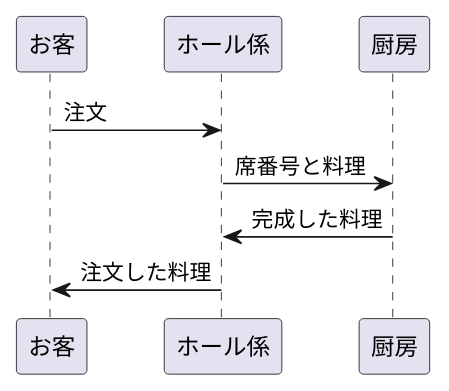
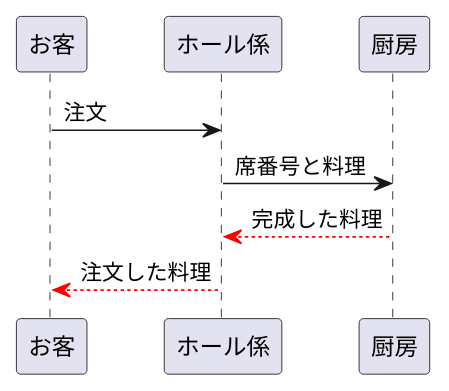
One commit to Aso2001159/2021sys-design changed the diagram in kadai2.md. Above: the diagram before and after it, drawn with PlantUML.

````diff
--- a/kadai2.md
+++ b/kadai2.md
@@ -1,10 +1,10 @@
 ```uml
 
 @startuml
   お客 -> ホール係 : 注文
   ホール係 -> 厨房 : 席番号と料理
-  ホール係 <- 厨房 : 完成した料理
-  お客 <- ホール係 : 注文した料理
+  ホール係 <[#red,dotted]- 厨房 : 完成した料理
+  お客 <[#red,dotted]- ホール係 : 注文した料理
 @enduml
 
 ```
````
